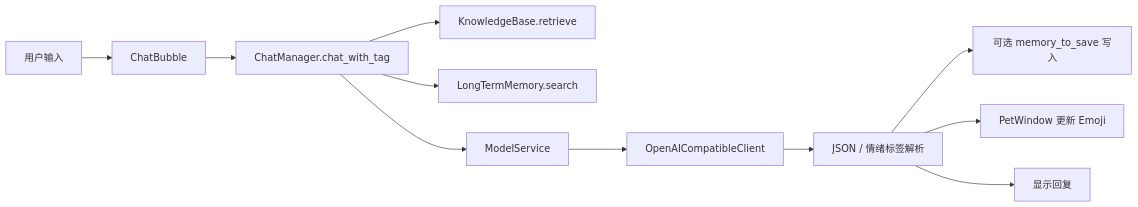
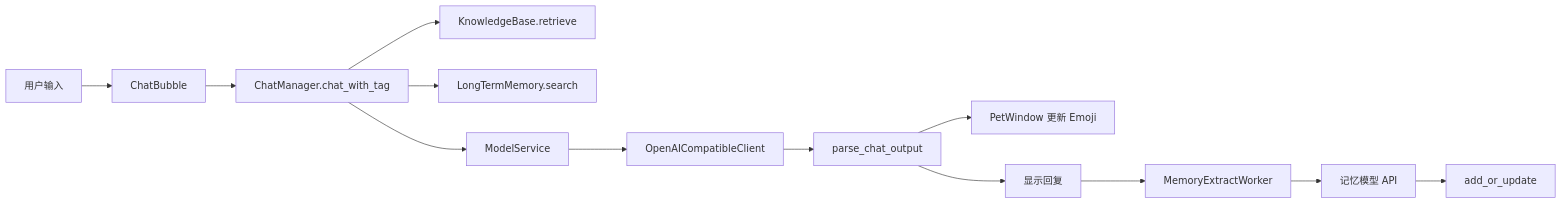
The second of 3 diagrams in docs/03-程序架构.md (CheshireClef/Indra_Desktop_Pet), drawn with Mermaid before and after one commit. The commit also changed other lines of this file and 37 other files, not shown here.

````diff
--- a/docs/03-程序架构.md
+++ b/docs/03-程序架构.md
@@ -68,13 +75,15 @@
 ```mermaid
 flowchart LR
     User[用户输入] --> CB[ChatBubble]
     CB --> CM[ChatManager.chat_with_tag]
     CM --> KB[KnowledgeBase.retrieve]
     CM --> LTM[LongTermMemory.search]
     CM --> MS[ModelService]
     MS --> LLM[OpenAICompatibleClient]
-    LLM --> Parse[JSON / 情绪标签解析]
-    Parse --> LTM2[可选 memory_to_save 写入]
+    LLM --> Parse[parse_chat_output]
     Parse --> PW[PetWindow 更新 Emoji]
     Parse --> CB2[显示回复]
+    CB2 --> MEW[MemoryExtractWorker]
+    MEW --> MemLLM[记忆模型 API]
+    MemLLM --> LTM2[add_or_update]
 ```
````
